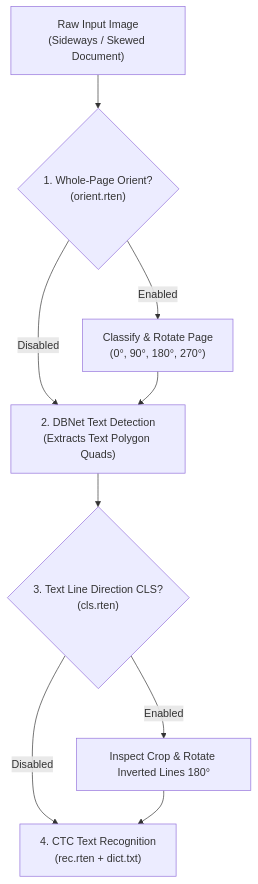
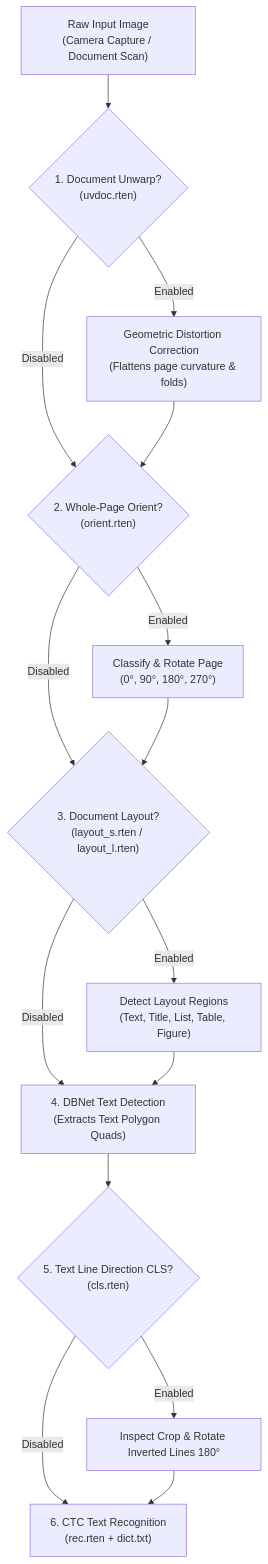
One commit to byrizki/rusto-rs changed the diagram in docs/content/en/03.advance-guide/05.classification-and-orientation.md. Above: the diagram before and after it, drawn with Mermaid. The commit also changed other lines of this file and 90 other files, not shown here.

````diff
--- a/docs/content/en/03.advance-guide/05.classification-and-orientation.md
+++ b/docs/content/en/03.advance-guide/05.classification-and-orientation.md
@@ -15,11 +15,17 @@
 ```mermaid
 flowchart TD
-    A["Raw Input Image<br/>(Sideways / Skewed Document)"] --> B{"1. Whole-Page Orient?<br/>(orient.rten)"}
-    B -->|Enabled| C["Classify & Rotate Page<br/>(0&deg;, 90&deg;, 180&deg;, 270&deg;)"]
-    B -->|Disabled| D["2. DBNet Text Detection<br/>(Extracts Text Polygon Quads)"]
-    C --> D
-    D --> E{"3. Text Line Direction CLS?<br/>(cls.rten)"}
-    E -->|Enabled| F["Inspect Crop & Rotate Inverted Lines 180&deg;"]
-    E -->|Disabled| G["4. CTC Text Recognition<br/>(rec.rten + dict.txt)"]
+    A["Raw Input Image<br/>(Camera Capture / Document Scan)"] --> U{"1. Document Unwarp?<br/>(uvdoc.rten)"}
+    U -->|Enabled| U1["Geometric Distortion Correction<br/>(Flattens page curvature &amp; folds)"]
+    U -->|Disabled| B
+    U1 --> B{"2. Whole-Page Orient?<br/>(orient.rten)"}
+    B -->|Enabled| C["Classify &amp; Rotate Page<br/>(0&deg;, 90&deg;, 180&deg;, 270&deg;)"]
+    B -->|Disabled| L{"3. Document Layout?<br/>(layout_s.rten / layout_l.rten)"}
+    C --> L
+    L -->|Enabled| L1["Detect Layout Regions<br/>(Text, Title, List, Table, Figure)"]
+    L -->|Disabled| D["4. DBNet Text Detection<br/>(Extracts Text Polygon Quads)"]
+    L1 --> D
+    D --> E{"5. Text Line Direction CLS?<br/>(cls.rten)"}
+    E -->|Enabled| F["Inspect Crop &amp; Rotate Inverted Lines 180&deg;"]
+    E -->|Disabled| G["6. CTC Text Recognition<br/>(rec.rten + dict.txt)"]
     F --> G
 ```
````
